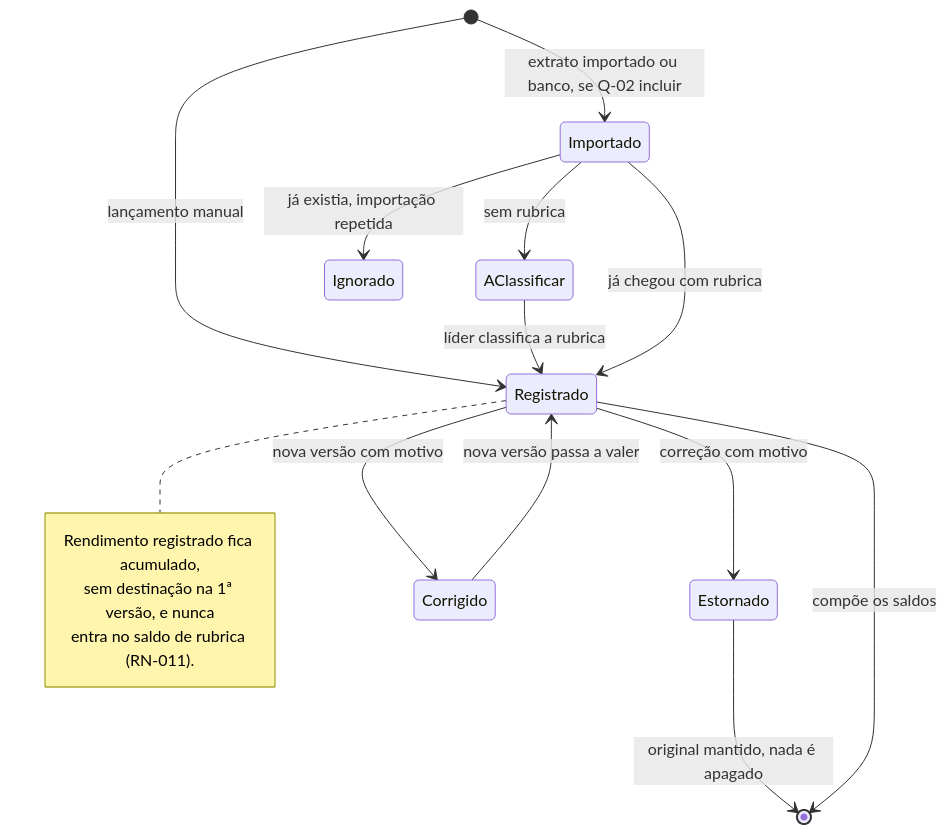
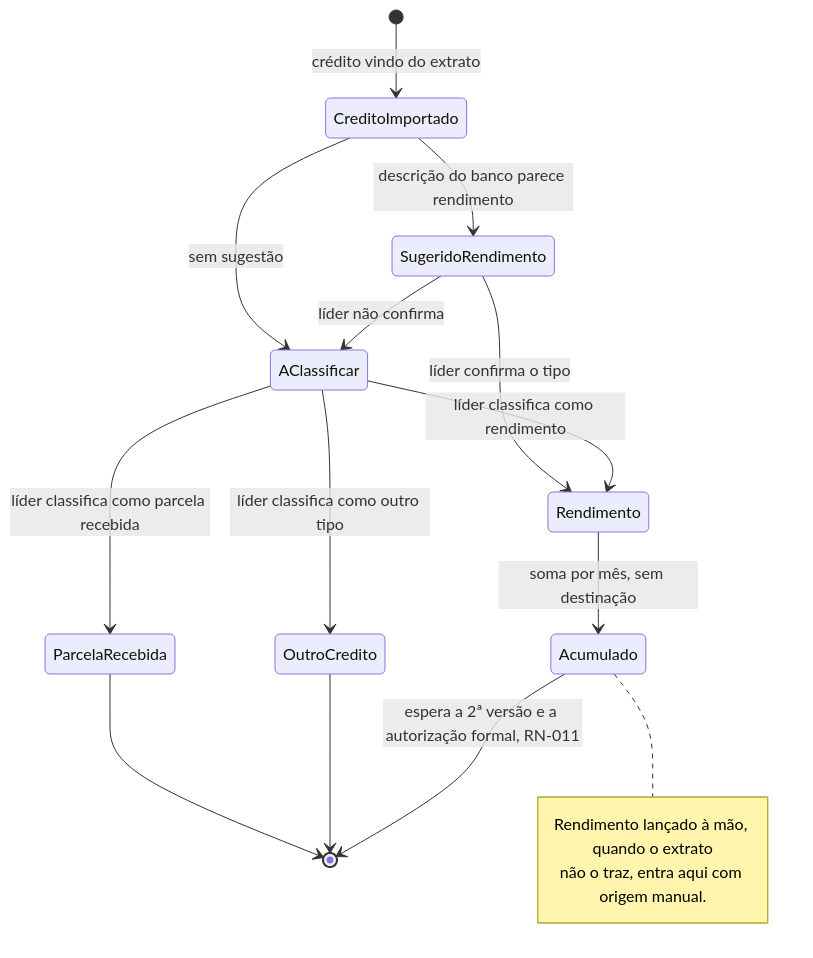
Before and after one commit to Beguelly/gestprojet: diagram 12 of 25 in docs/04-workflows.md, drawn with Mermaid. The commit also changed other lines of this file and 1 other file, not shown here.

First line of the commit message:
WIP T-022c: rascunhos em andamento; não revisados

````diff
--- a/docs/04-workflows.md
+++ b/docs/04-workflows.md
@@ -567,20 +668,20 @@
 ```mermaid
 stateDiagram-v2
-    [*] --> Registrado: lançamento manual
-    [*] --> Importado: extrato importado ou banco, se Q-02 incluir
-    Importado --> AClassificar: sem rubrica
-    AClassificar --> Registrado: líder classifica a rubrica
-    Importado --> Registrado: já chegou com rubrica
-    Importado --> Ignorado: já existia, importação repetida
-    Registrado --> Estornado: correção com motivo
-    Registrado --> Corrigido: nova versão com motivo
-    Corrigido --> Registrado: nova versão passa a valer
-    Estornado --> [*]: original mantido, nada é apagado
-    Registrado --> [*]: compõe os saldos
+    [*] --> CreditoImportado: crédito vindo do extrato
+    CreditoImportado --> SugeridoRendimento: descrição do banco parece rendimento
+    CreditoImportado --> AClassificar: sem sugestão
+    SugeridoRendimento --> Rendimento: líder confirma o tipo
+    SugeridoRendimento --> AClassificar: líder não confirma
+    AClassificar --> Rendimento: líder classifica como rendimento
+    AClassificar --> ParcelaRecebida: líder classifica como parcela recebida
+    AClassificar --> OutroCredito: líder classifica como outro tipo
+    Rendimento --> Acumulado: soma por mês, sem destinação
+    ParcelaRecebida --> [*]
+    OutroCredito --> [*]
+    Acumulado --> [*]: espera a 2ª versão e a autorização formal, RN-011
 
-    note right of Registrado
-        Rendimento registrado fica acumulado,
-        sem destinação na 1ª versão, e nunca
-        entra no saldo de rubrica (RN-011).
+    note right of Acumulado
+        Rendimento lançado à mão, quando o extrato
+        não o traz, entra aqui com origem manual.
     end note
 ```
````
